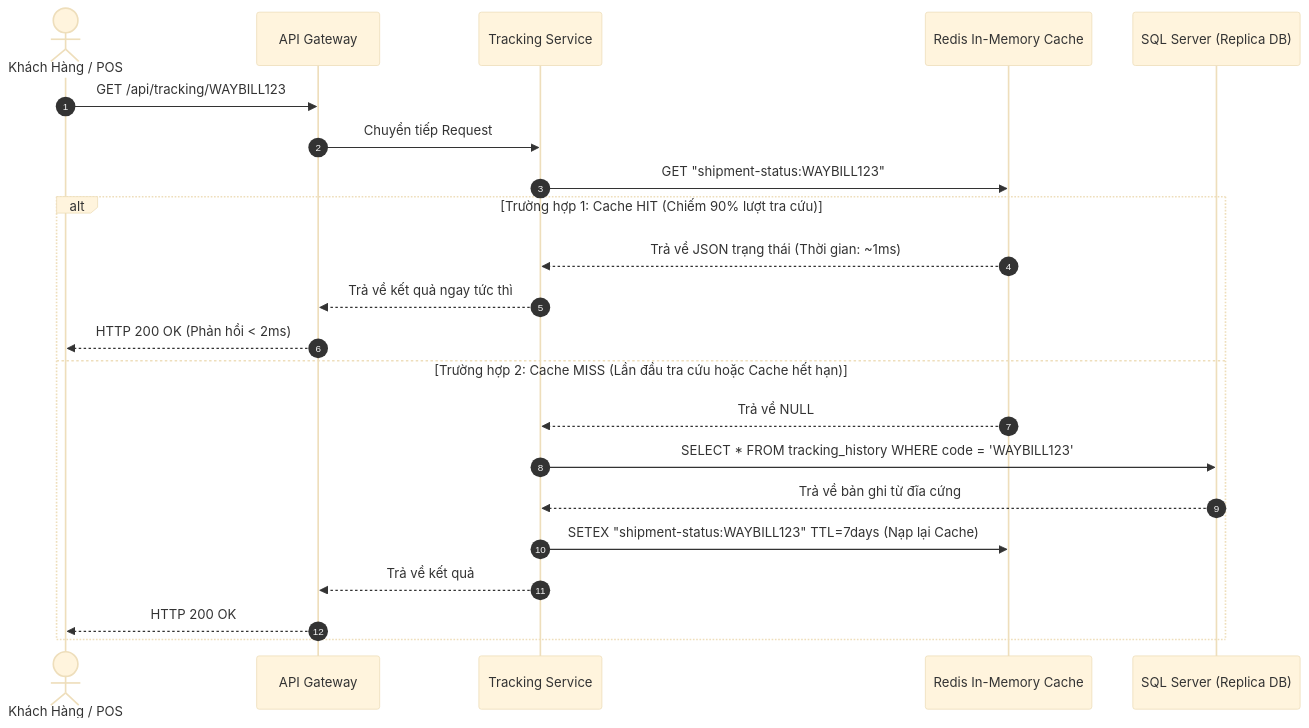
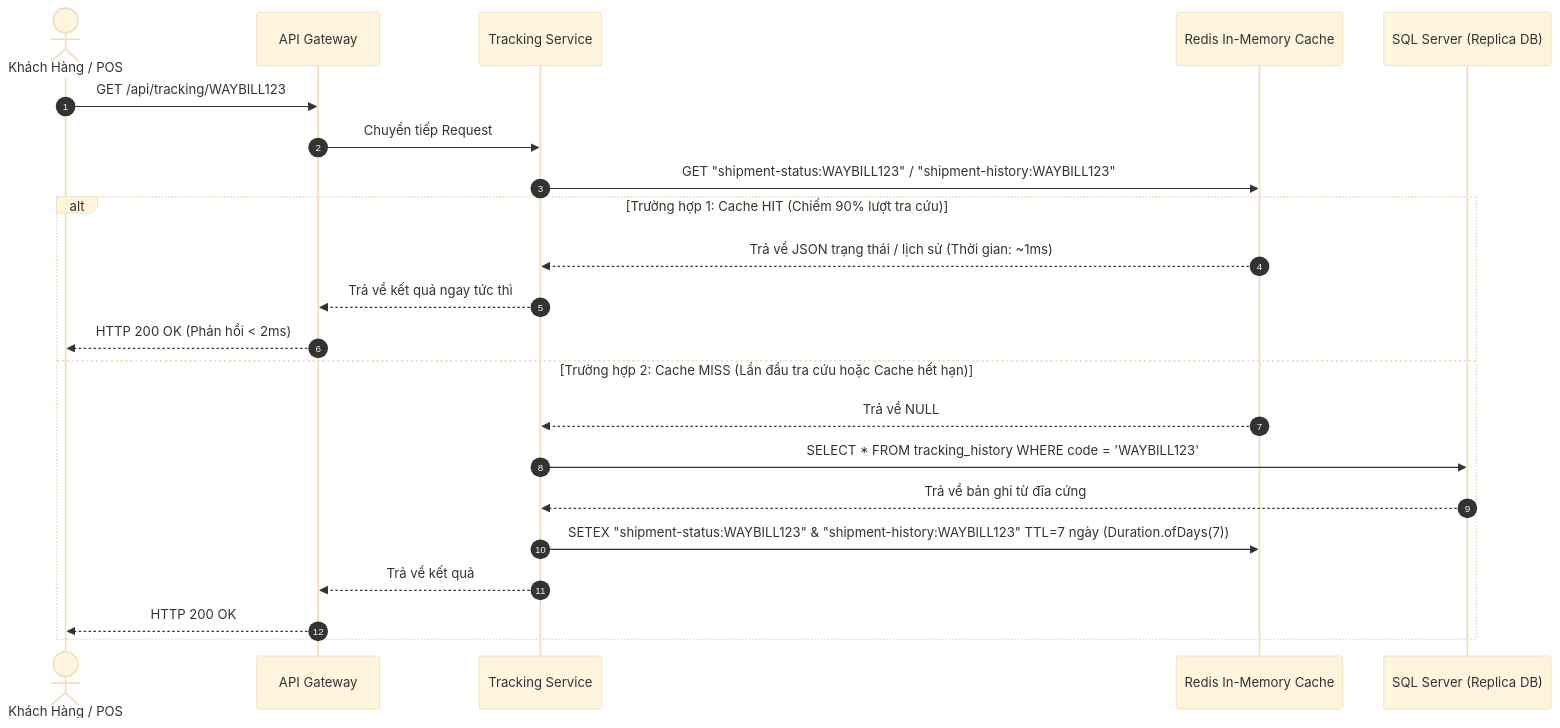
Before and after one commit to Khanhnv26/Mini-Waybill-Platform---VNPT-Cloud: the first of 3 diagrams in docs/05-redis-caching-and-distributed-patterns.md, drawn with Mermaid (base theme). The commit also changed other lines of this file and 12 other files, not shown here.

````diff
--- a/docs/05-redis-caching-and-distributed-patterns.md
+++ b/docs/05-redis-caching-and-distributed-patterns.md
@@ -19,26 +19,26 @@
 ```mermaid
 sequenceDiagram
     autonumber
     actor User as Khách Hàng / POS
     participant GW as API Gateway
     participant Svc as Tracking Service
     participant Redis as Redis In-Memory Cache
     participant DB as SQL Server (Replica DB)
 
     User->>GW: GET /api/tracking/WAYBILL123
     GW->>Svc: Chuyển tiếp Request
-    Svc->>Redis: GET "shipment-status:WAYBILL123"
+    Svc->>Redis: GET "shipment-status:WAYBILL123" / "shipment-history:WAYBILL123"
     
     alt Trường hợp 1: Cache HIT (Chiếm 90% lượt tra cứu)
-        Redis-->>Svc: Trả về JSON trạng thái (Thời gian: ~1ms)
+        Redis-->>Svc: Trả về JSON trạng thái / lịch sử (Thời gian: ~1ms)
         Svc-->>GW: Trả về kết quả ngay tức thì
         GW-->>User: HTTP 200 OK (Phản hồi < 2ms)
     else Trường hợp 2: Cache MISS (Lần đầu tra cứu hoặc Cache hết hạn)
         Redis-->>Svc: Trả về NULL
         Svc->>DB: SELECT * FROM tracking_history WHERE code = 'WAYBILL123'
         DB-->>Svc: Trả về bản ghi từ đĩa cứng
-        Svc->>Redis: SETEX "shipment-status:WAYBILL123" TTL=7days (Nạp lại Cache)
+        Svc->>Redis: SETEX "shipment-status:WAYBILL123" & "shipment-history:WAYBILL123" TTL=7 ngày (Duration.ofDays(7))
         Svc-->>GW: Trả về kết quả
         GW-->>User: HTTP 200 OK
     end
 ```
````
